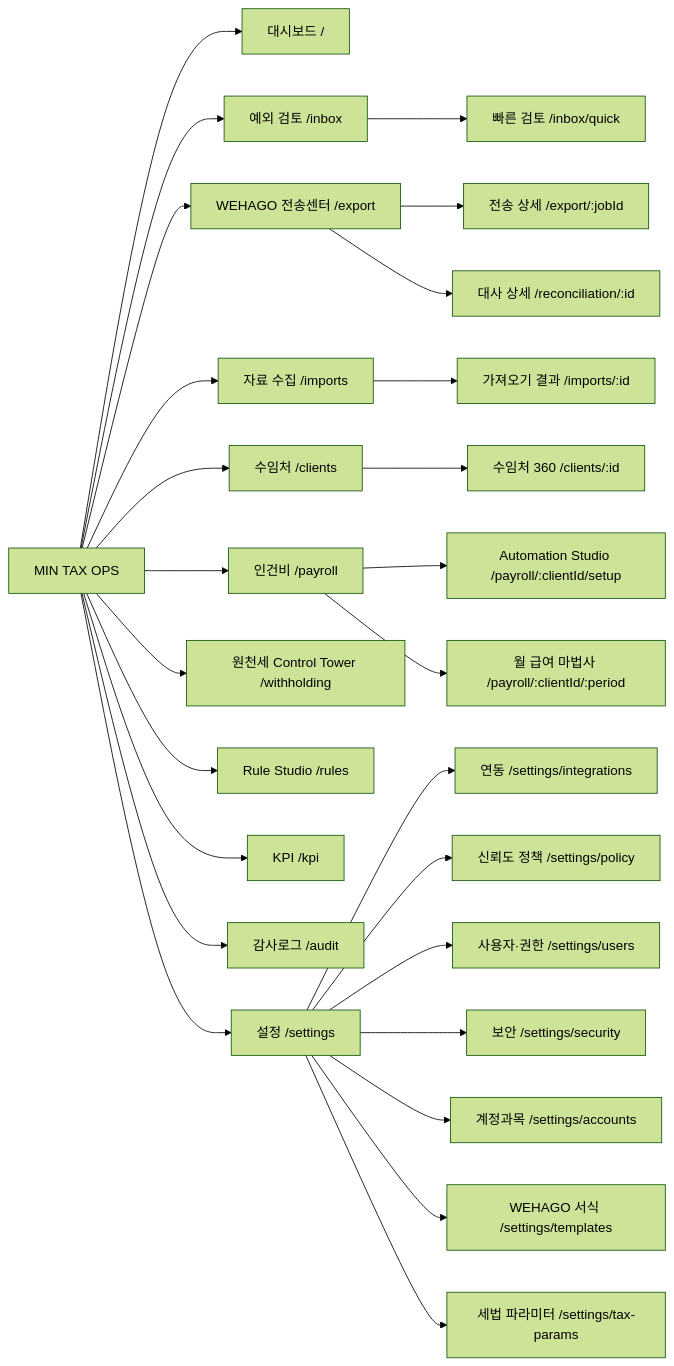
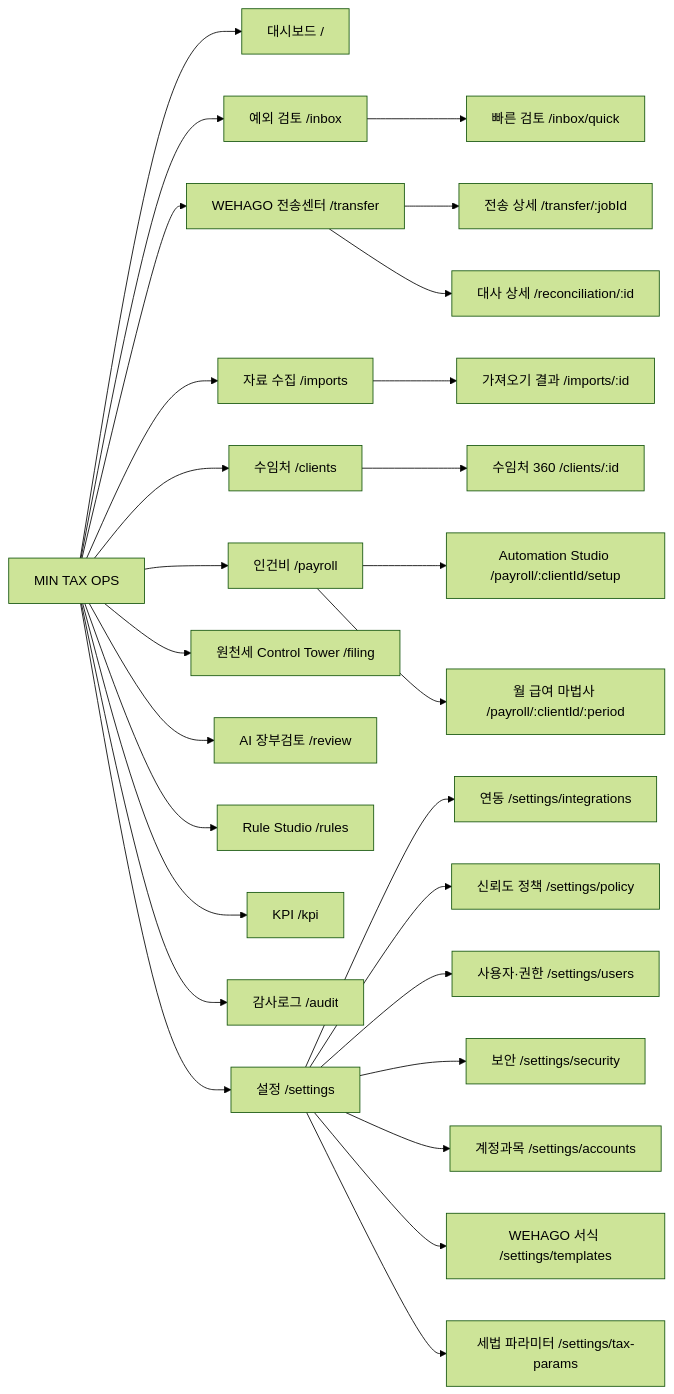
One commit to taxmin0812-netizen/cloudtest changed the diagram in docs/05-screen-ia.md. Above: the diagram before and after it, drawn with Mermaid (forest theme). The commit also changed other lines of this file and 133 other files, not shown here.

````diff
--- a/docs/05-screen-ia.md
+++ b/docs/05-screen-ia.md
@@ -134,28 +134,29 @@
 ```mermaid
 flowchart LR
   ROOT["MIN TAX OPS"] --> DASH["대시보드 /"]
   ROOT --> INBOX["예외 검토 /inbox"]
   INBOX --> QUICK["빠른 검토 /inbox/quick"]
-  ROOT --> EXP["WEHAGO 전송센터 /export"]
-  EXP --> EXPD["전송 상세 /export/:jobId"]
+  ROOT --> EXP["WEHAGO 전송센터 /transfer"]
+  EXP --> EXPD["전송 상세 /transfer/:jobId"]
   EXP --> RECON["대사 상세 /reconciliation/:id"]
   ROOT --> IMP["자료 수집 /imports"]
   IMP --> IMPD["가져오기 결과 /imports/:id"]
   ROOT --> CLI["수임처 /clients"]
   CLI --> C360["수임처 360 /clients/:id"]
   ROOT --> PAY["인건비 /payroll"]
   PAY --> STUDIO["Automation Studio /payroll/:clientId/setup"]
   PAY --> WIZ["월 급여 마법사 /payroll/:clientId/:period"]
-  ROOT --> WHT["원천세 Control Tower /withholding"]
+  ROOT --> WHT["원천세 Control Tower /filing"]
+  ROOT --> REV["AI 장부검토 /review"]
   ROOT --> RULES["Rule Studio /rules"]
   ROOT --> KPI["KPI /kpi"]
   ROOT --> AUD["감사로그 /audit"]
   ROOT --> SET["설정 /settings"]
   SET --> SINT["연동 /settings/integrations"]
   SET --> SPOL["신뢰도 정책 /settings/policy"]
   SET --> SUSR["사용자·권한 /settings/users"]
   SET --> SSEC["보안 /settings/security"]
   SET --> SACC["계정과목 /settings/accounts"]
   SET --> STPL["WEHAGO 서식 /settings/templates"]
   SET --> STAX["세법 파라미터 /settings/tax-params"]
 ```
````
